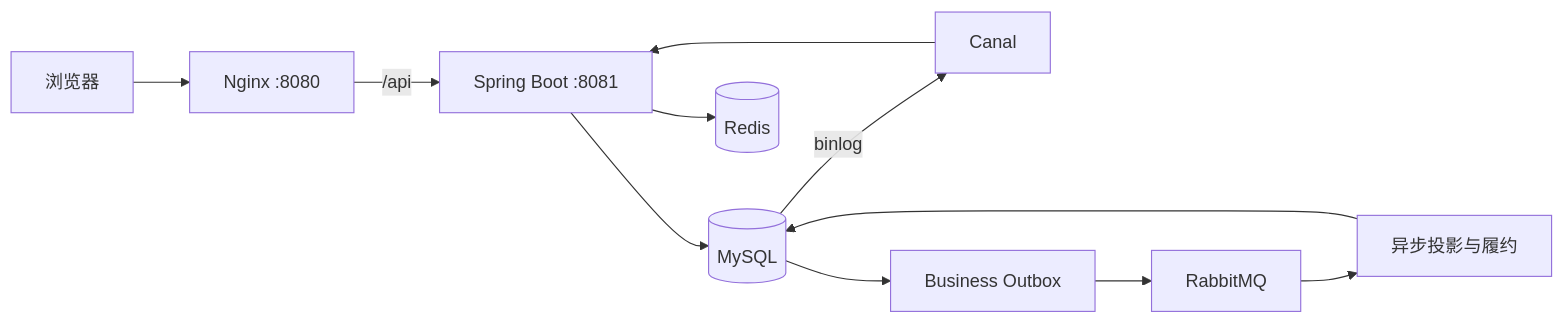
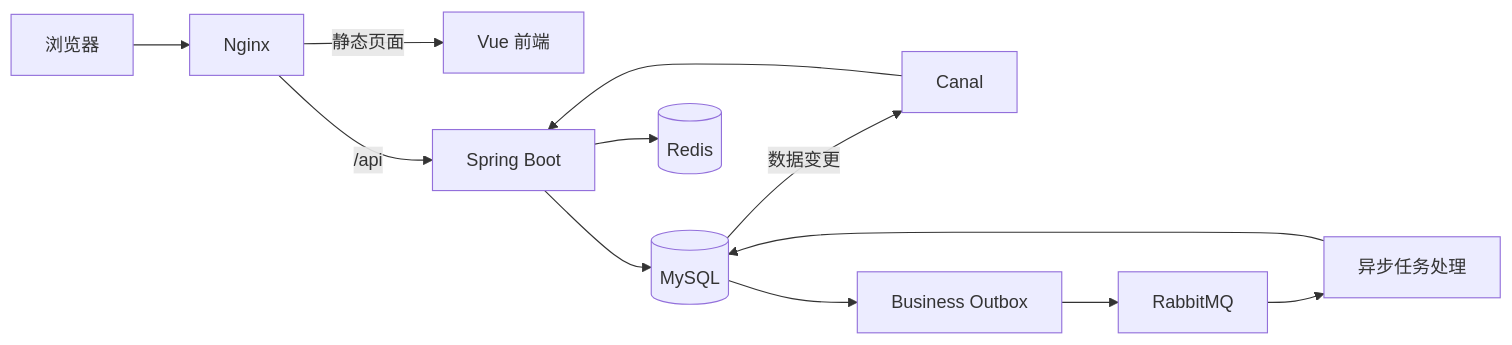
One commit to BLCX-Liverpool/Local_Life_UK changed the diagram in README.md. Above: the diagram before and after it, drawn with Mermaid. The commit also changed other lines of this file, not shown here.

````diff
--- a/README.md
+++ b/README.md
@@ -61,13 +59,14 @@
 ```mermaid
 flowchart LR
-    User[浏览器] --> Nginx[Nginx :8080]
-    Nginx -->|/api| Java[Spring Boot :8081]
+    User[浏览器] --> Nginx[Nginx]
+    Nginx -->|静态页面| Frontend[Vue 前端]
+    Nginx -->|/api| Java[Spring Boot]
     Java --> MySQL[(MySQL)]
     Java --> Redis[(Redis)]
-    MySQL -->|binlog| Canal[Canal]
+    MySQL -->|数据变更| Canal[Canal]
     Canal --> Java
     MySQL --> Outbox[Business Outbox]
     Outbox --> RabbitMQ[RabbitMQ]
-    RabbitMQ --> Worker[异步投影与履约]
+    RabbitMQ --> Worker[异步任务处理]
     Worker --> MySQL
 ```
````
